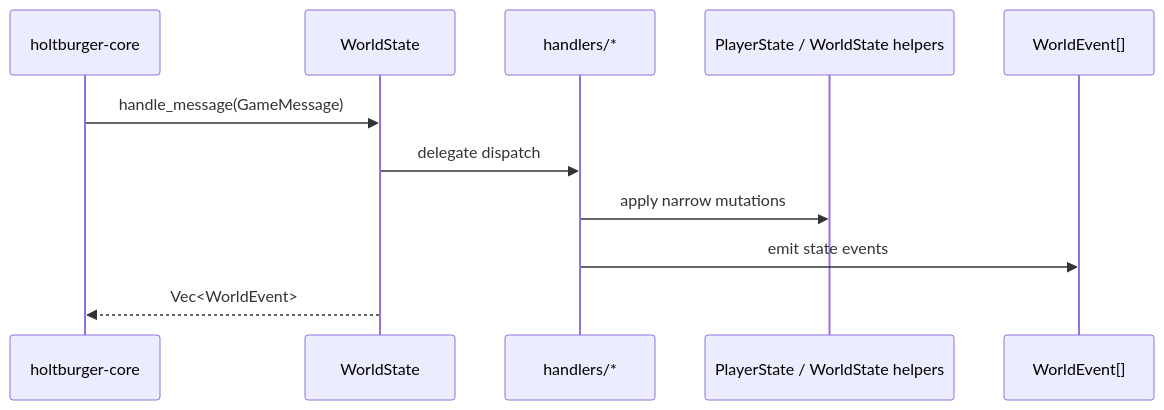
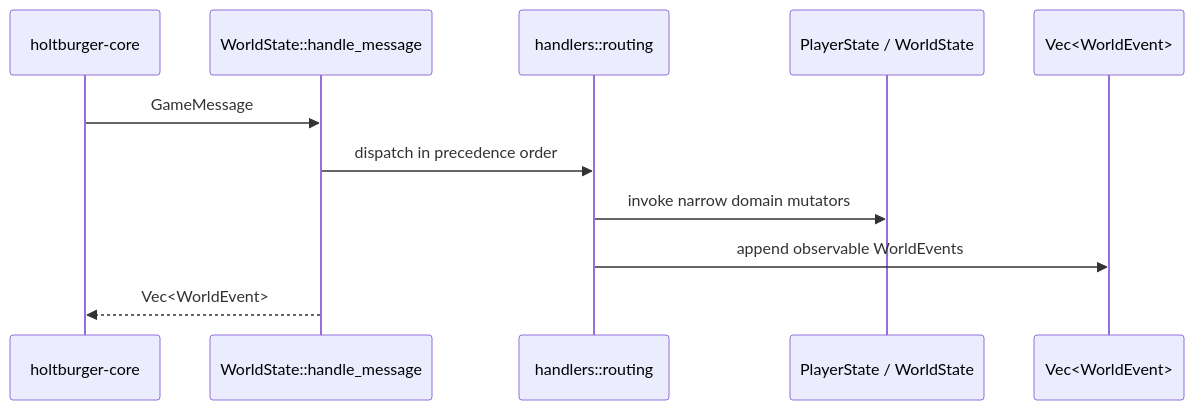
The first of 2 diagrams in crates/holtburger-world/ARCHITECTURE.md (merklejerk/holtburger), drawn with Mermaid before and after one commit. The commit also changed other lines of this file and 2076 other files, not shown here.

````diff
--- a/crates/holtburger-world/ARCHITECTURE.md
+++ b/crates/holtburger-world/ARCHITECTURE.md
@@ -525,14 +44,14 @@
 ```mermaid
 sequenceDiagram
-        participant Core as holtburger-core
-        participant World as WorldState
-        participant Handlers as handlers/*
-        participant Models as PlayerState / WorldState helpers
-        participant Events as WorldEvent[]
+    participant Core as holtburger-core
+    participant World as WorldState::handle_message
+    participant Router as handlers::routing
+    participant State as PlayerState / WorldState
+    participant Events as Vec<WorldEvent>
 
-        Core->>World: handle_message(GameMessage)
-        World->>Handlers: delegate dispatch
-        Handlers->>Models: apply narrow mutations
-        Handlers->>Events: emit state events
-        World-->>Core: Vec<WorldEvent>
+    Core->>World: GameMessage
+    World->>Router: dispatch in precedence order
+    Router->>State: invoke narrow domain mutators
+    Router->>Events: append observable WorldEvents
+    World-->>Core: Vec<WorldEvent>
 ```
````
